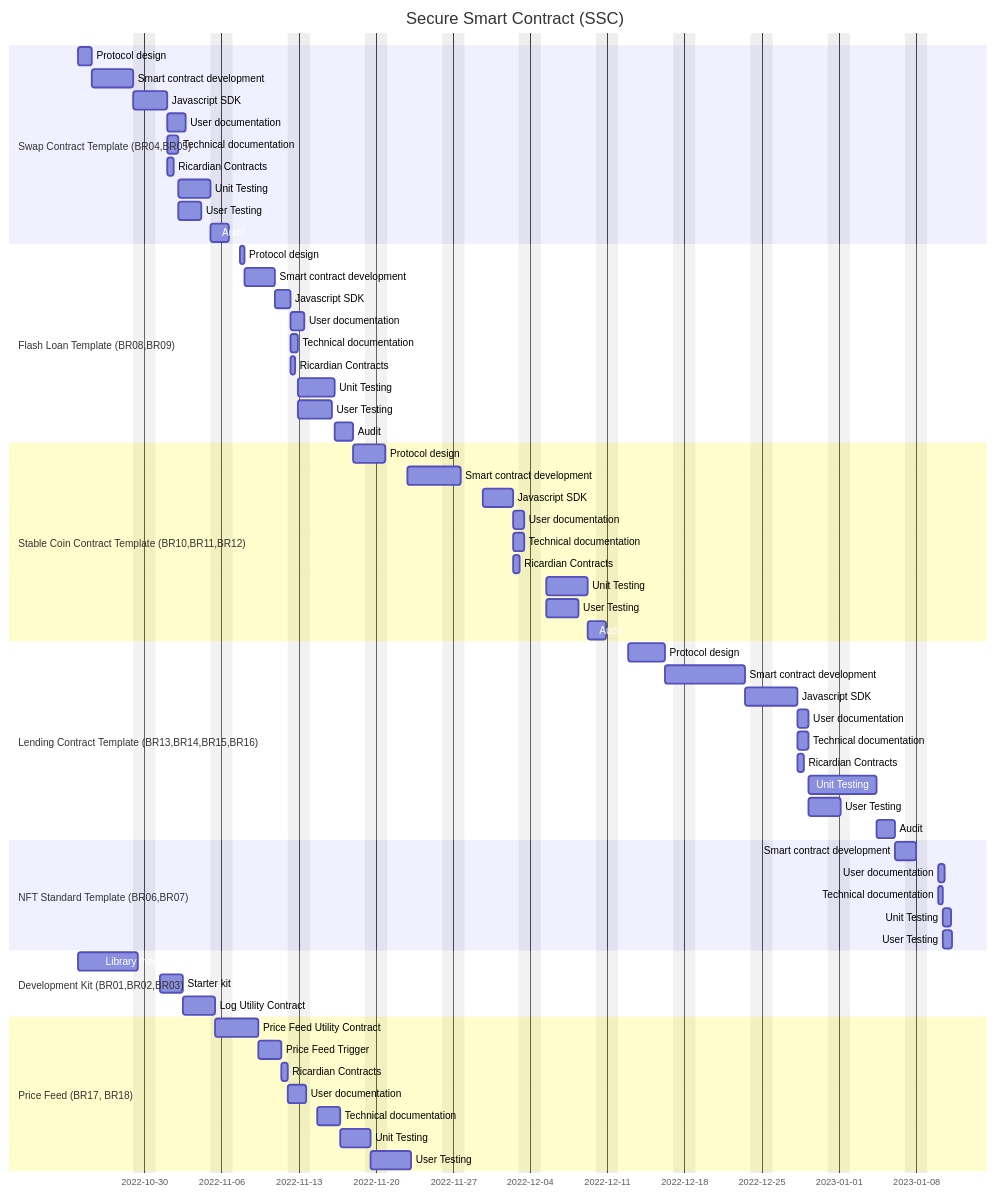
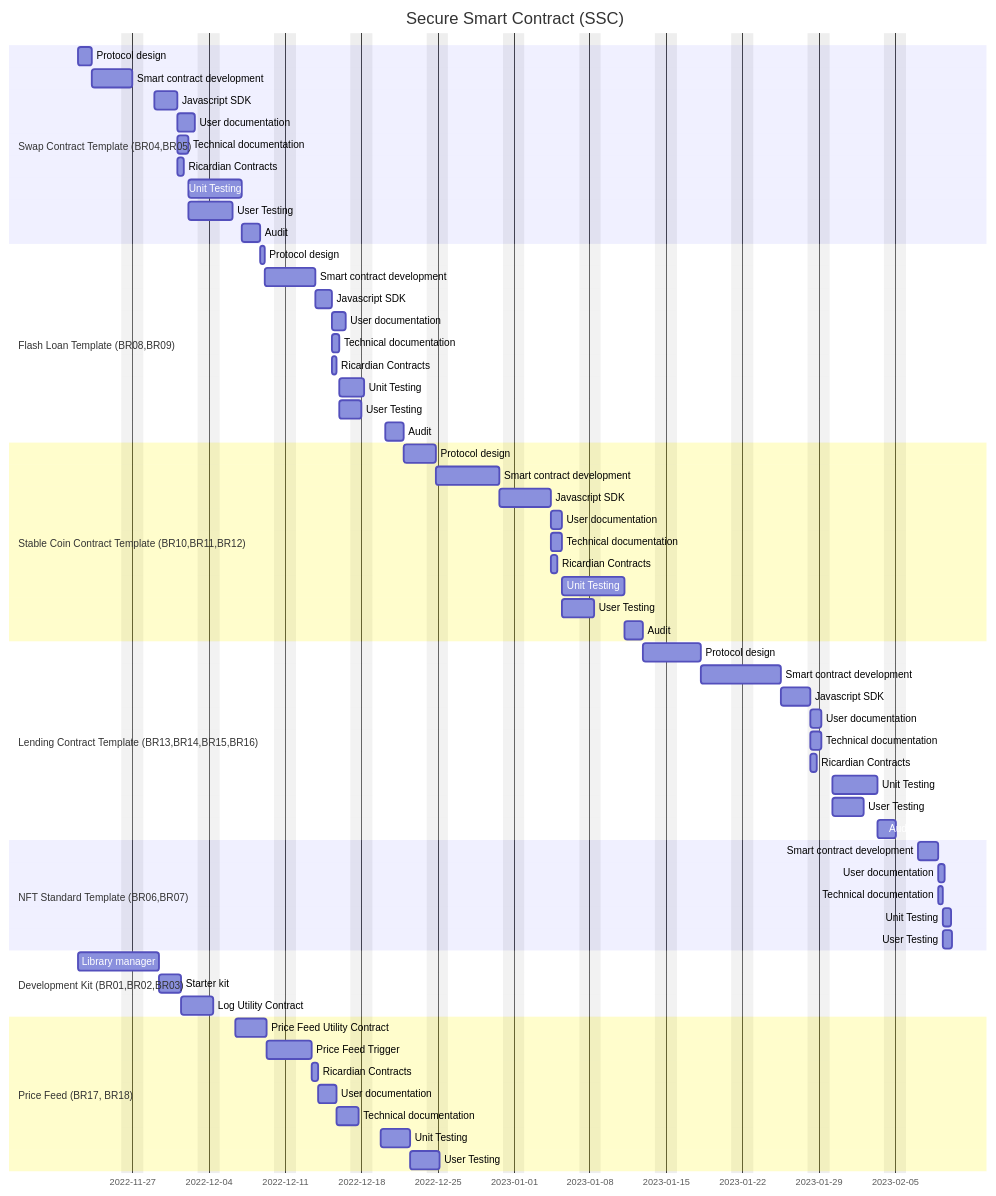
Before and after one commit to EOS-Nation/secure-smart-contract: the diagram in README.md, drawn with Mermaid.

````diff
--- a/README.md
+++ b/README.md
@@ -3,73 +3,73 @@
 ```mermaid
 gantt
     dateFormat  YYYY-MM-DD
     title       Secure Smart Contract (SSC)
     excludes    weekends
 
     section Swap Contract Template (BR04,BR05)
-    Protocol design                     :protocol1, 2022-10-24,30h
+    Protocol design                     :protocol1, 2022-11-22,30h
     Smart contract development          :dev1, after protocol1, 90h
     Javascript SDK                      :sdk1, after dev1, 50h
     User documentation                  :after sdk1, 40h
     Technical documentation             :docs1, after sdk1, 25h
     Ricardian Contracts                 :after sdk1, 15h
     Unit Testing                        :testing1, after docs1, 70h
     User Testing                        :after docs1, 50h
     Audit                               :audit1, after testing1, 40h
 
     section Flash Loan Template (BR08,BR09)
     Protocol design                     :protocol2, after audit1, 10h
     Smart contract development          :dev2, after protocol2, 65h
     Javascript SDK                      :sdk2, after dev2, 35h
     User documentation                  :after sdk2, 30h
     Technical documentation             :docs2, after sdk2, 16h
     Ricardian Contracts                 :after sdk2, 10h
     Unit Testing                        :testing2, after docs2, 55h
     User Testing                        :after docs2, 50h
     Audit                               :audit2, after testing2, 40h
 
     section Stable Coin Contract Template (BR10,BR11,BR12)
     Protocol design                     :protocol3, after audit2, 70h
     Smart contract development          :dev3, after protocol3, 117h
     Javascript SDK                      :sdk3, after dev3, 65h
     User documentation                  :after sdk3, 25h
     Technical documentation             :docs3, after sdk3, 25h
     Ricardian Contracts                 :after sdk3, 15h
     Unit Testing                        :testing3, after docs3, 90h
     User Testing                        :after docs3, 70h
     Audit                               :audit3, after testing3, 40h
 
     section Lending Contract Template (BR13,BR14,BR15,BR16)
     Protocol design                     :protocol4, after audit3, 80h
     Smart contract development          :dev4, after protocol4, 127h
     Javascript SDK                      :sdk4, after dev4, 65h
     User documentation                  :after sdk4, 25h
     Technical documentation             :docs4, after sdk4, 25h
     Ricardian Contracts                 :after sdk4, 15h
     Unit Testing                        :testing4, after docs4, 100h
     User Testing                        :after docs4, 70h
     Audit                               :audit4, after testing4, 40h
 
     section NFT Standard Template (BR06,BR07)
     Smart contract development          :dev5, after audit4, 45h
     User documentation                  :after dev5, 15h
     Technical documentation             :docs5, after dev5, 11h
     Unit Testing                        :testing5, after docs5, 17h
     User Testing                        :after docs5, 20h
 
     section Audit phases
 
     section Development Kit (BR01,BR02,BR03)
-    Library manager                     :2022-10-24,130h
+    Library manager                     :2022-11-22,130h
     Starter kit                         :50h
     Log Utility Contract                :70h
 
     section Price Feed (BR17, BR18)
     Price Feed Utility Contract         :70h
     Price Feed Trigger                  :50h
     Ricardian Contracts                 :15h
     User documentation                  :40h
     Technical documentation             :50h
     Unit Testing                        :65h
     User Testing                        :65h
 ```
````
